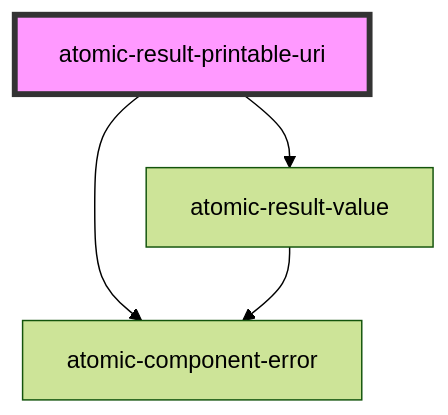
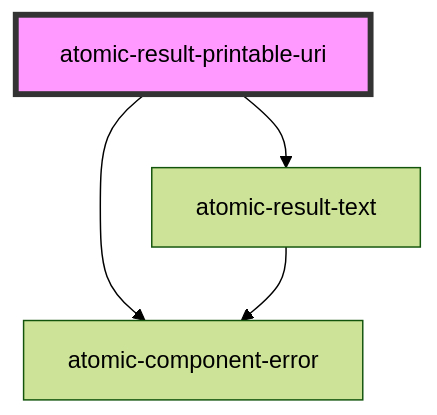
Before and after one commit to coveo/ui-kit: the diagram in packages/atomic/src/components/result-template-components/atomic-result-printable-uri/readme.md, drawn with Mermaid (forest theme). The commit also changed other lines of this file and 22 other files, not shown here.

First line of the commit message:
feat(atomic): add formats to result value (#570)

````diff
--- a/packages/atomic/src/components/result-template-components/atomic-result-printable-uri/readme.md
+++ b/packages/atomic/src/components/result-template-components/atomic-result-printable-uri/readme.md
@@ -34,7 +34,7 @@
 ```mermaid
 graph TD;
-  atomic-result-printable-uri --> atomic-result-value
+  atomic-result-printable-uri --> atomic-result-text
   atomic-result-printable-uri --> atomic-component-error
-  atomic-result-value --> atomic-component-error
+  atomic-result-text --> atomic-component-error
   style atomic-result-printable-uri fill:#f9f,stroke:#333,stroke-width:4px
 ```
````
